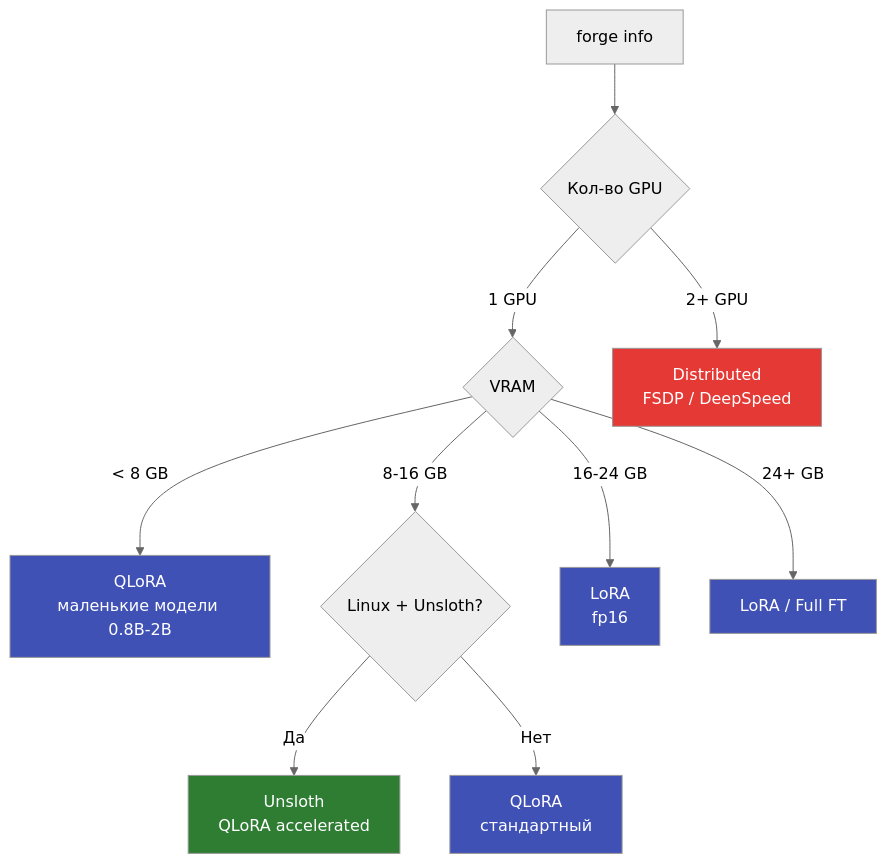
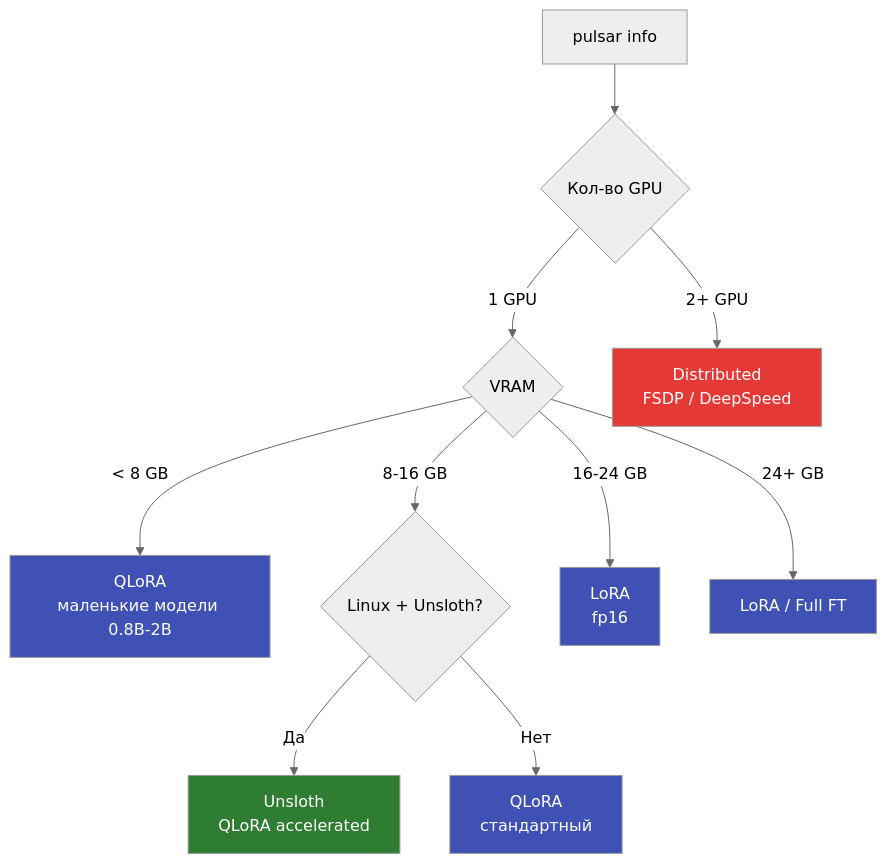
Before and after one commit to VasilyKolbenev/LLM-forge_v1: the diagram in docs/concepts/training-strategies.md, drawn with Mermaid (neutral theme). The commit also changed other lines of this file and 72 other files, not shown here.

````diff
--- a/docs/concepts/training-strategies.md
+++ b/docs/concepts/training-strategies.md
@@ -192,21 +192,21 @@
 ```mermaid
 graph TD
-    A[forge info] --> B{Кол-во GPU}
+    A[pulsar info] --> B{Кол-во GPU}
     B -->|1 GPU| C{VRAM}
     B -->|2+ GPU| H[Distributed<br/>FSDP / DeepSpeed]
 
     C -->|< 8 GB| D[QLoRA<br/>маленькие модели 0.8B-2B]
     C -->|8-16 GB| E{Linux + Unsloth?}
     C -->|16-24 GB| F[LoRA<br/>fp16]
     C -->|24+ GB| G[LoRA / Full FT]
 
     E -->|Да| E1[Unsloth<br/>QLoRA accelerated]
     E -->|Нет| E2[QLoRA<br/>стандартный]
 
     style D fill:#4051b5,color:#fff
     style E1 fill:#2e7d32,color:#fff
     style E2 fill:#4051b5,color:#fff
     style F fill:#4051b5,color:#fff
     style G fill:#4051b5,color:#fff
     style H fill:#e53935,color:#fff
 ```
````
